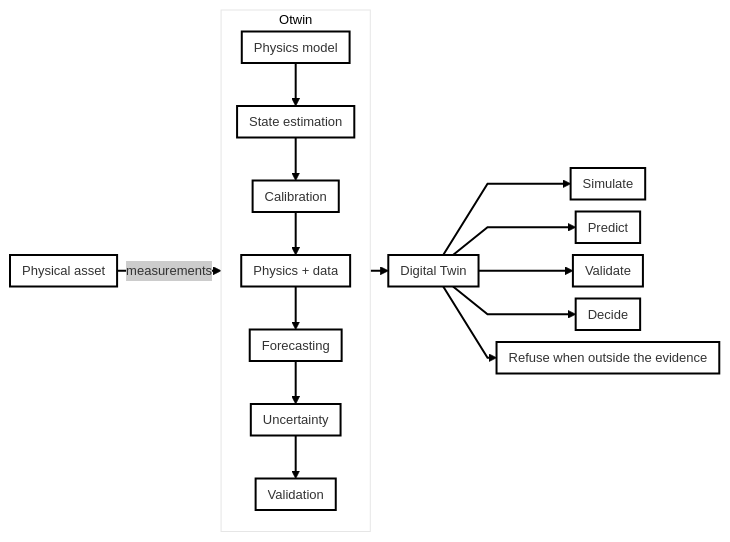
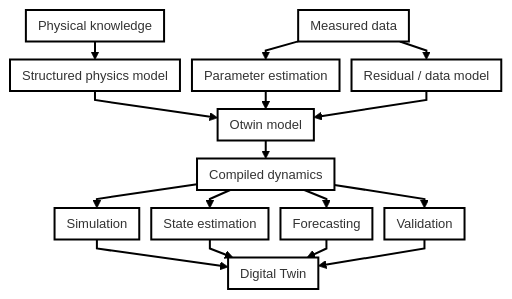
One commit to otwin-core/otwin changed the second of 11 diagrams in README.md. Above: the diagram before and after it, drawn with Mermaid. The commit also changed other lines of this file, not shown here.

````diff
--- a/README.md
+++ b/README.md
@@ -56,30 +122,35 @@
 ```mermaid
 ---
 config:
   layout: fixed
   theme: neo
   fontFamily: '''Open Sans Variable'', sans-serif'
   themeVariables:
     fontFamily: '''Open Sans Variable'', sans-serif'
 ---
 %%{init: {"flowchart": {"nodeSpacing": 12, "rankSpacing": 18, "padding": 6, "curve": "linear"}, "themeVariables": {"fontSize": "13px"}}}%%
-flowchart LR
- subgraph B["Otwin"]
-        C["Physics model"]
-        D["State estimation"]
-        E["Calibration"]
-        F["Physics + data"]
-        G["Forecasting"]
-        H["Uncertainty"]
-        I["Validation"]
-  end
-    A["Physical asset"] -- measurements --> B
-    C --> D
-    D --> E
+
+flowchart TB
+
+    A["Physical knowledge"]
+    B["Measured data"]
+
+    A --> C["Structured physics model"]
+    B --> D["Parameter estimation"]
+    B --> E["Residual / data model"]
+
+    C --> F["Otwin model"]
+    D --> F
     E --> F
-    F --> G
-    G --> H
-    H --> I
-    B --> J["Digital Twin"]
-    J --> K["Simulate"] & L["Predict"] & M["Validate"] & N["Decide"] & O["Refuse when outside the evidence"]
+
+    F --> G["Compiled dynamics"]
+    G --> H["Simulation"]
+    G --> I["State estimation"]
+    G --> J["Forecasting"]
+    G --> K["Validation"]
+
+    H --> L["Digital Twin"]
+    I --> L
+    J --> L
+    K --> L
 ```
````
